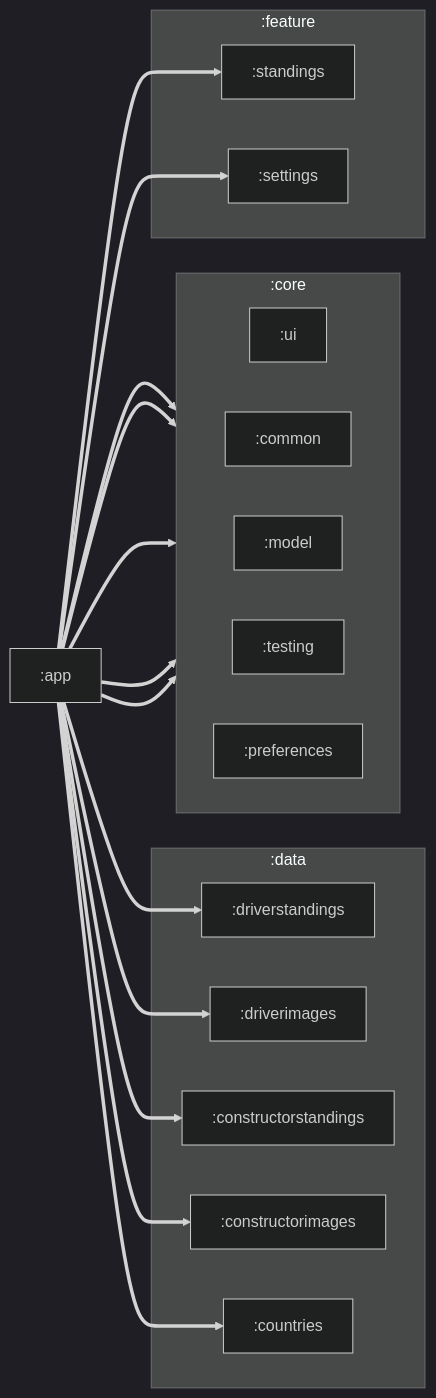
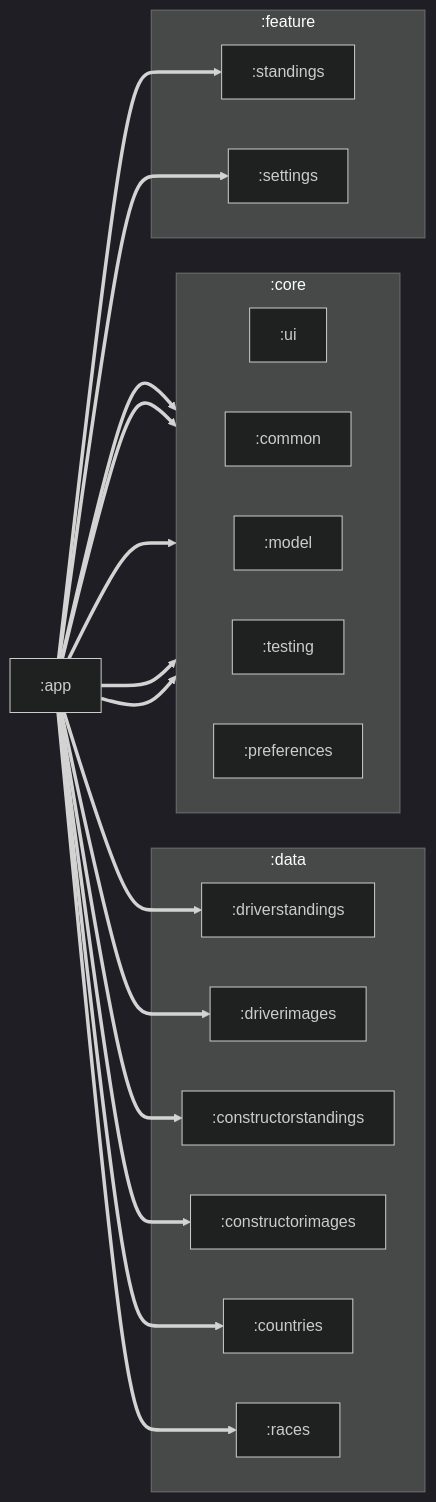
Before and after one commit to toquete/boxbox: the diagram in app/README.md, drawn with Mermaid. The commit also changed 10 other files, not shown here.

Commit message:
Syncing races on app startup

````diff
--- a/app/README.md
+++ b/app/README.md
@@ -1,35 +1,37 @@
 ```mermaid
 %%{init: {'theme':'dark'}}%%
 flowchart LR
     APP[:app] ==> UI
     APP ==> COMMON
     APP ==> MODEL
     APP ==> TESTING
     APP ==> PREFERENCES
     APP ==> DRIVER_STANDINGS
     APP ==> DRIVER_IMAGES
     APP ==> CONSTRUCTOR_STANDINGS
     APP ==> CONSTRUCTOR_IMAGES
     APP ==> COUNTRIES
     APP ==> STANDINGS
     APP ==> SETTINGS
+    APP ==> RACES
     subgraph :core
         direction LR
         MODEL[:model]
         TESTING[:testing]
         UI[:ui]
         COMMON[:common]
         PREFERENCES[:preferences]
     end
     subgraph :data
         DRIVER_STANDINGS[:driverstandings]
         DRIVER_IMAGES[:driverimages]
         CONSTRUCTOR_STANDINGS[:constructorstandings]
         CONSTRUCTOR_IMAGES[:constructorimages]
         COUNTRIES[:countries]
+        RACES[:races]
     end
     subgraph :feature
         STANDINGS[:standings]
         SETTINGS[:settings]
     end
 ```
````
